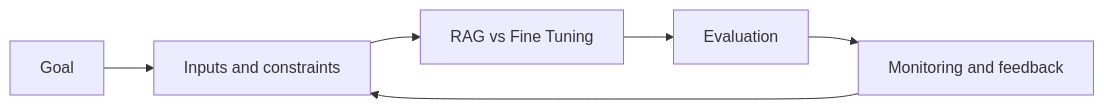
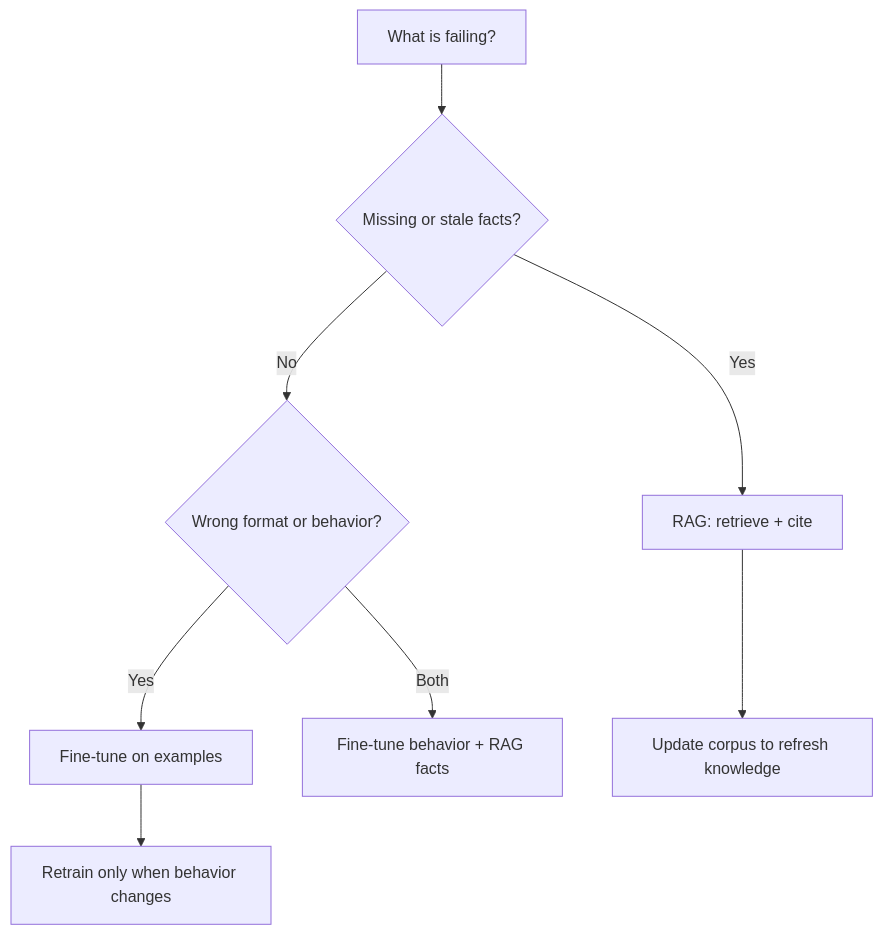
Before and after one commit to Icon1cc/Machine-Learning: the diagram in rag/02-rag-vs-fine-tuning.md, drawn with Mermaid. The commit also changed other lines of this file and 118 other files, not shown here.

````diff
--- a/rag/02-rag-vs-fine-tuning.md
+++ b/rag/02-rag-vs-fine-tuning.md
@@ -93,8 +73,10 @@
 ```mermaid
-flowchart LR
-    A[Goal] --> B[Inputs and constraints]
-    B --> C[RAG vs Fine Tuning]
-    C --> D[Evaluation]
-    D --> E[Monitoring and feedback]
-    E --> B
+flowchart TD
+    A[What is failing?] --> B{Missing or stale facts?}
+    B -- Yes --> C[RAG: retrieve + cite]
+    B -- No --> D{Wrong format or behavior?}
+    D -- Yes --> E[Fine-tune on examples]
+    D -- Both --> F[Fine-tune behavior + RAG facts]
+    C --> G[Update corpus to refresh knowledge]
+    E --> H[Retrain only when behavior changes]
 ```
````
